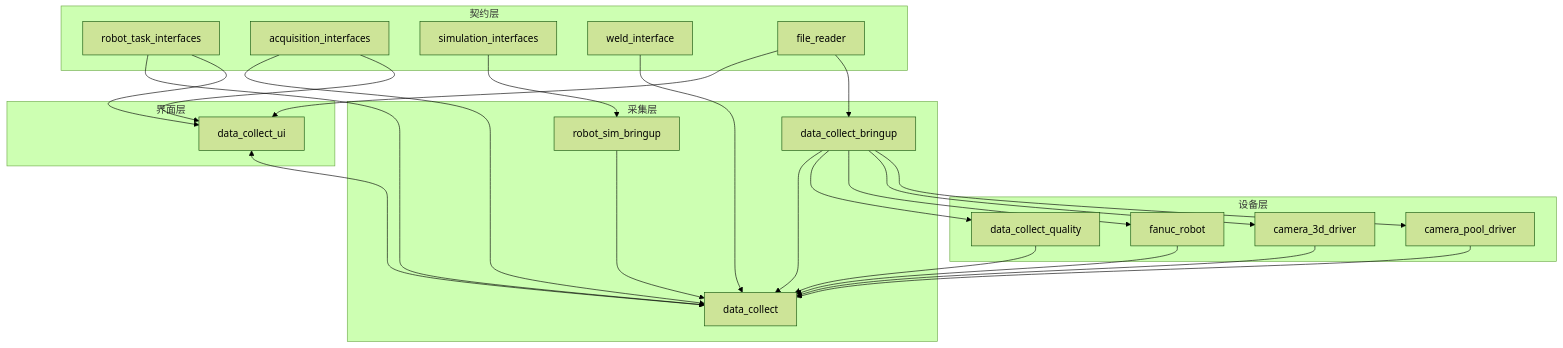
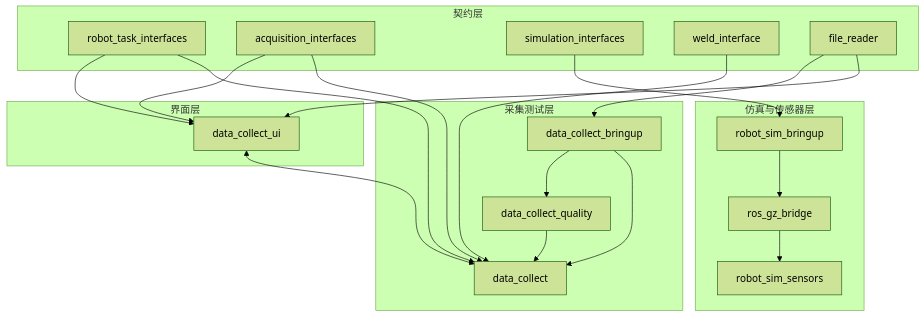
One commit to MzKyle/Robot-Sim changed the diagram in docs/architecture/README.md. Above: the diagram before and after it, drawn with Mermaid (forest theme). The commit also changed other lines of this file and 84 other files, not shown here.

````diff
--- a/docs/architecture/README.md
+++ b/docs/architecture/README.md
@@ -9,47 +9,41 @@
 ```mermaid
 flowchart TB
-    subgraph Layer1[设备层]
-        C2D[camera_pool_driver]
-        C3D[camera_3d_driver]
-        FANUC[fanuc_robot]
-        QUALITY[data_collect_quality]
+    subgraph Layer1[仿真与传感器层]
+        SIM[robot_sim_bringup]
+        BRIDGE[ros_gz_bridge]
+        RECV[robot_sim_sensors]
     end
 
-    subgraph Layer2[采集层]
+    subgraph Layer2[采集测试层]
         COLLECT[data_collect]
         BRINGUP[data_collect_bringup]
-        SIM[robot_sim_bringup]
+        QUALITY[data_collect_quality]
     end
 
     subgraph Layer3[界面层]
         UI[data_collect_ui]
     end
 
     subgraph Layer4[契约层]
         TASK[robot_task_interfaces]
         ACQ[acquisition_interfaces]
         SIMIF[simulation_interfaces]
         WELD[weld_interface]
         FILE[file_reader]
     end
 
-    BRINGUP --> C2D
-    BRINGUP --> C3D
-    BRINGUP --> FANUC
+    SIM --> BRIDGE
+    BRIDGE --> RECV
     BRINGUP --> QUALITY
     BRINGUP --> COLLECT
-    SIM --> COLLECT
     TASK --> UI
     TASK --> COLLECT
     ACQ --> UI
     ACQ --> COLLECT
     SIMIF --> SIM
     WELD --> COLLECT
     FILE --> BRINGUP
     FILE --> UI
-    C2D --> COLLECT
-    C3D --> COLLECT
-    FANUC --> COLLECT
     QUALITY --> COLLECT
     UI <--> COLLECT
 ```
````
